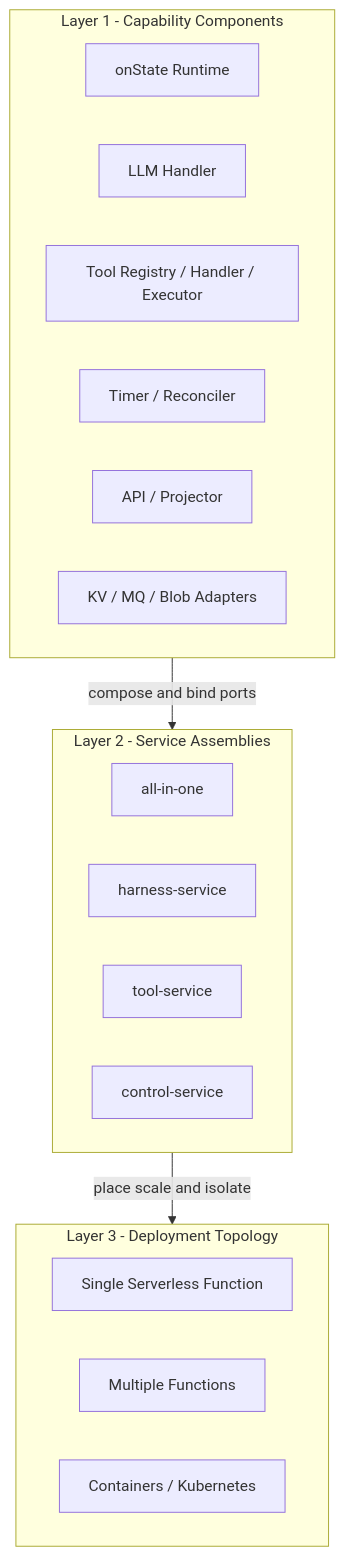
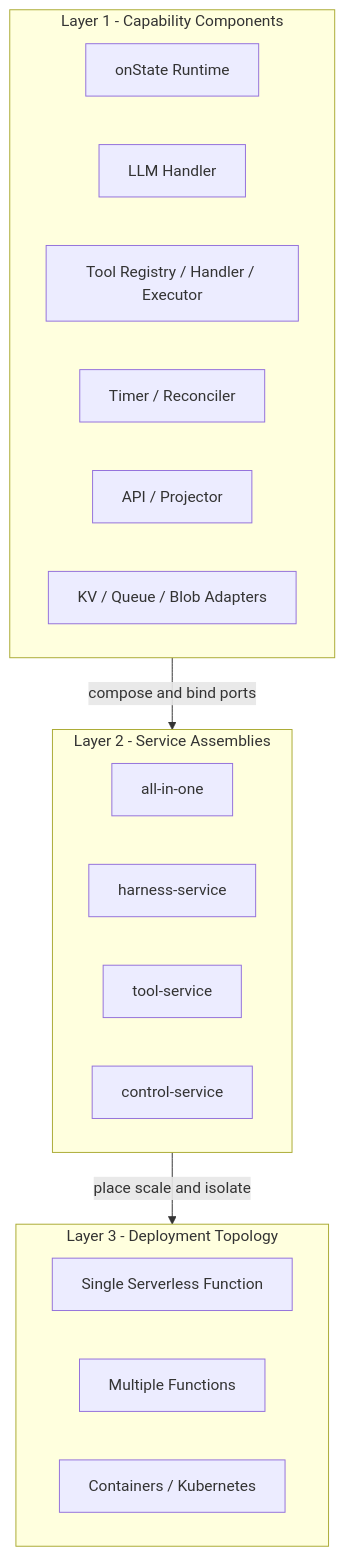
The tenth of 11 diagrams in docs/arch.md (ai-sea/elastic-harness), drawn with Mermaid before and after one commit. The commit also changed other lines of this file and 1 other file, not shown here.

````diff
--- a/docs/arch.md
+++ b/docs/arch.md
@@ -797,27 +1394,27 @@
 ```mermaid
 flowchart TB
     subgraph L1[Layer 1 - Capability Components]
         C1[onState Runtime]
         C2[LLM Handler]
         C3[Tool Registry / Handler / Executor]
         C4[Timer / Reconciler]
         C5[API / Projector]
-        C6[KV / MQ / Blob Adapters]
+        C6[KV / Queue / Blob Adapters]
     end
 
     subgraph L2[Layer 2 - Service Assemblies]
         S1[all-in-one]
         S2[harness-service]
         S3[tool-service]
         S4[control-service]
     end
 
     subgraph L3[Layer 3 - Deployment Topology]
         D1[Single Serverless Function]
         D2[Multiple Functions]
         D3[Containers / Kubernetes]
     end
 
     L1 -->|compose and bind ports| L2
     L2 -->|place scale and isolate| L3
 ```
````
